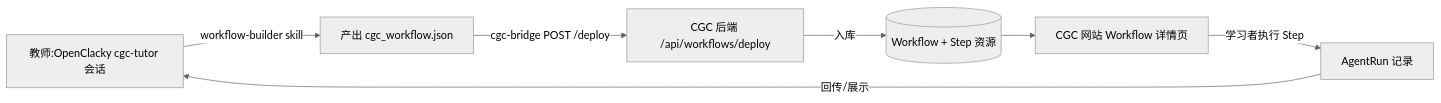
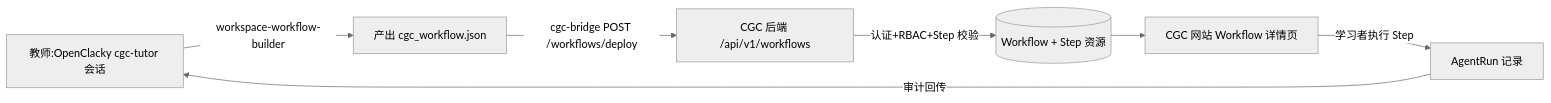
Before and after one commit to CodingGirlsClub/cgc_2046: the second of 2 diagrams in docs/OpenClacky扩展调研与实施计划.md, drawn with Mermaid (neutral theme). The commit also changed other lines of this file, not shown here.

````diff
--- a/docs/OpenClacky扩展调研与实施计划.md
+++ b/docs/OpenClacky扩展调研与实施计划.md
@@ -235,9 +311,9 @@
 ```mermaid
 flowchart LR
-    A[教师:OpenClacky cgc-tutor 会话] -->|workflow-builder skill| B[产出 cgc_workflow.json]
-    B -->|cgc-bridge POST /deploy| C[CGC 后端 /api/workflows/deploy]
-    C -->|入库| D[(Workflow + Step 资源)]
+    A[教师:OpenClacky cgc-tutor 会话] -->|workspace-workflow-builder| B[产出 cgc_workflow.json]
+    B -->|cgc-bridge POST /workflows/deploy| C[CGC 后端 /api/v1/workflows]
+    C -->|认证+RBAC+Step 校验| D[(Workflow + Step 资源)]
     D --> E[CGC 网站 Workflow 详情页]
     E -->|学习者执行 Step| F[AgentRun 记录]
-    F -->|回传/展示| A
+    F -->|审计回传| A
 ```
````
